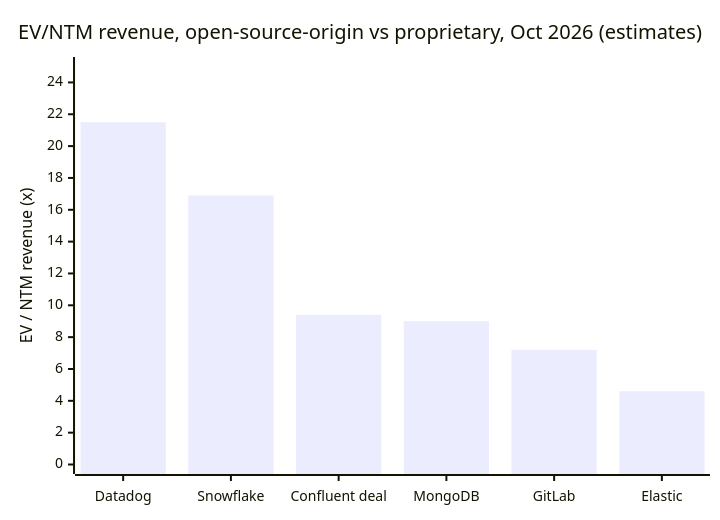
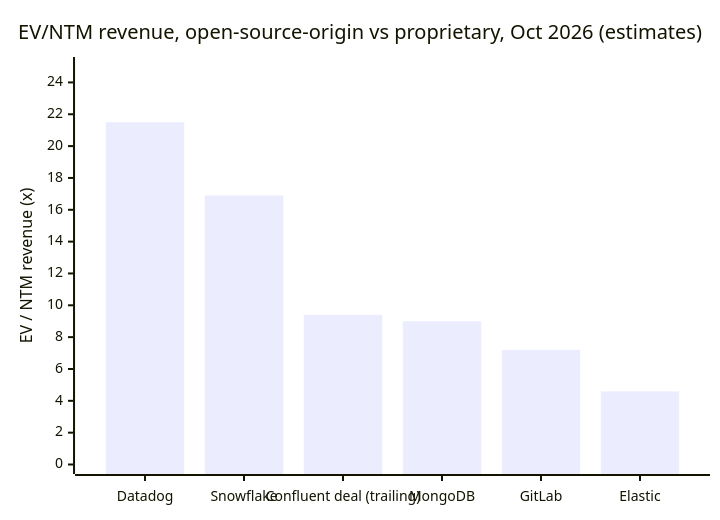
Before and after one commit to FrankHuang94/data_tech_db_claude: the third of 3 diagrams in docs/05-business-and-economics/ch38-open-source-strategy.md, drawn with Mermaid. The commit also changed other lines of this file and 14 other files, not shown here.

````diff
--- a/docs/05-business-and-economics/ch38-open-source-strategy.md
+++ b/docs/05-business-and-economics/ch38-open-source-strategy.md
@@ -150,7 +150,7 @@
 ```mermaid
 xychart-beta
     title "EV/NTM revenue, open-source-origin vs proprietary, Oct 2026 (estimates)"
-    x-axis ["Datadog", "Snowflake", "Confluent deal", "MongoDB", "GitLab", "Elastic"]
+    x-axis ["Datadog", "Snowflake", "Confluent deal (trailing)", "MongoDB", "GitLab", "Elastic"]
     y-axis "EV / NTM revenue (x)" 0 --> 25
     bar [21.5, 16.9, 9.4, 9.0, 7.2, 4.6]
 ```
````
